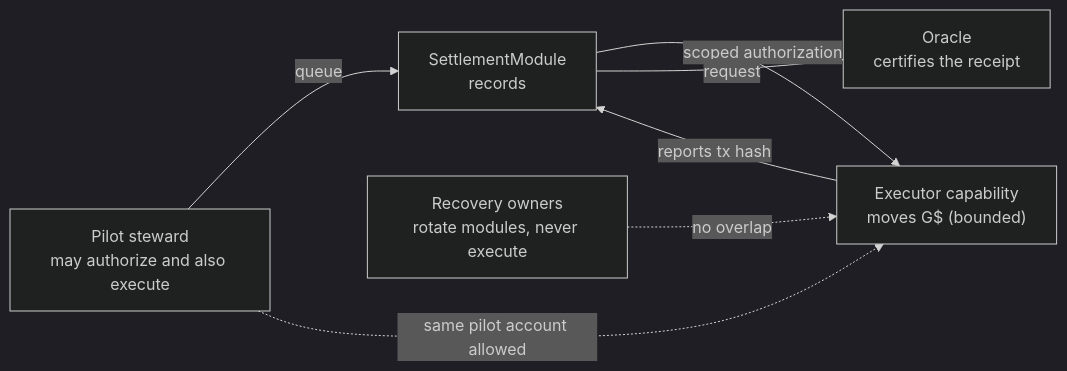
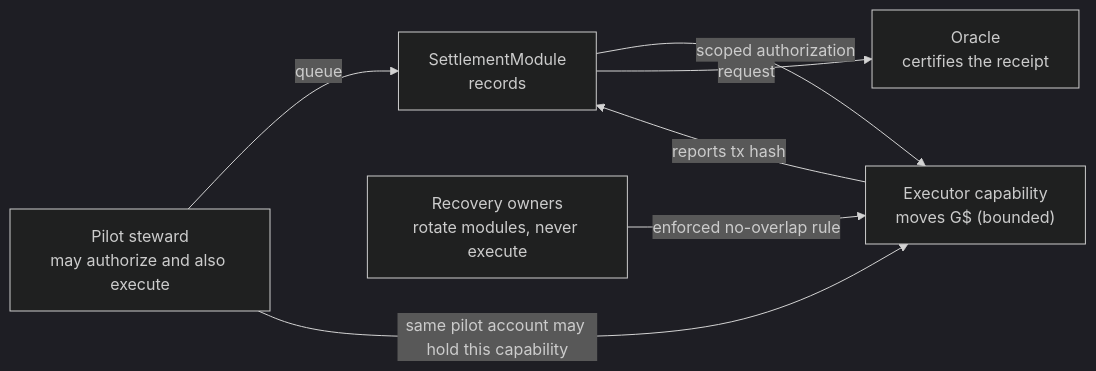
Diagram 19 of 20 in .plans/active/commitment-pooling/diagrams.md (greenpill-dev-guild/green-goods), drawn with Mermaid (dark theme) before and after one commit. The commit also changed other lines of this file and 13 other files, not shown here.

````diff
--- a/.plans/active/commitment-pooling/diagrams.md
+++ b/.plans/active/commitment-pooling/diagrams.md
@@ -890,9 +1017,9 @@
 ```mermaid
 flowchart LR
   STW["Pilot steward<br/>may authorize and also execute"] -->|"queue"| SM["SettlementModule<br/>records"]
   SM -->|"scoped authorization"| EX["Executor capability<br/>moves G$ (bounded)"]
-  STW -.->|"same pilot account allowed"| EX
+  STW -->|"same pilot account may hold this capability"| EX
   EX -->|"reports tx hash"| SM
   SM -->|"request"| OR["Oracle<br/>certifies the receipt"]
-  RO["Recovery owners<br/>rotate modules, never execute"] -. "no overlap" .-> EX
+  RO["Recovery owners<br/>rotate modules, never execute"] -->|"enforced no-overlap rule"| EX
 ```
````
